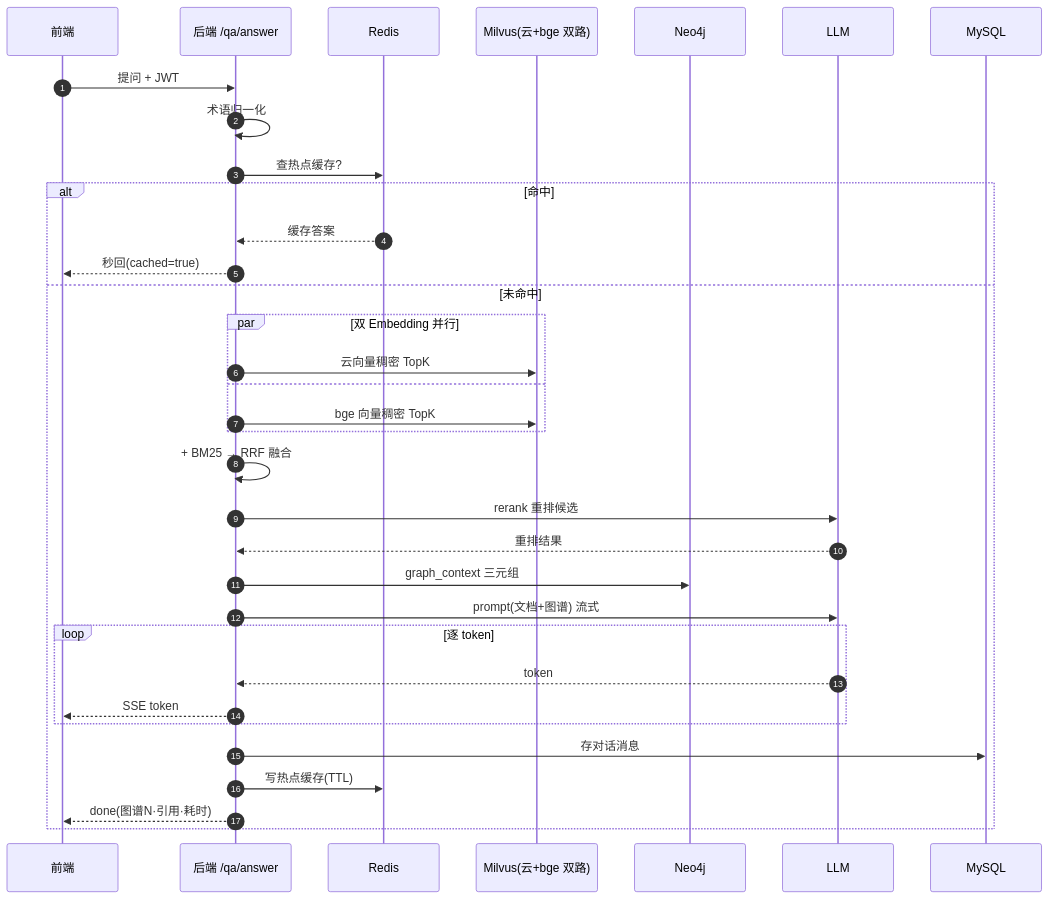
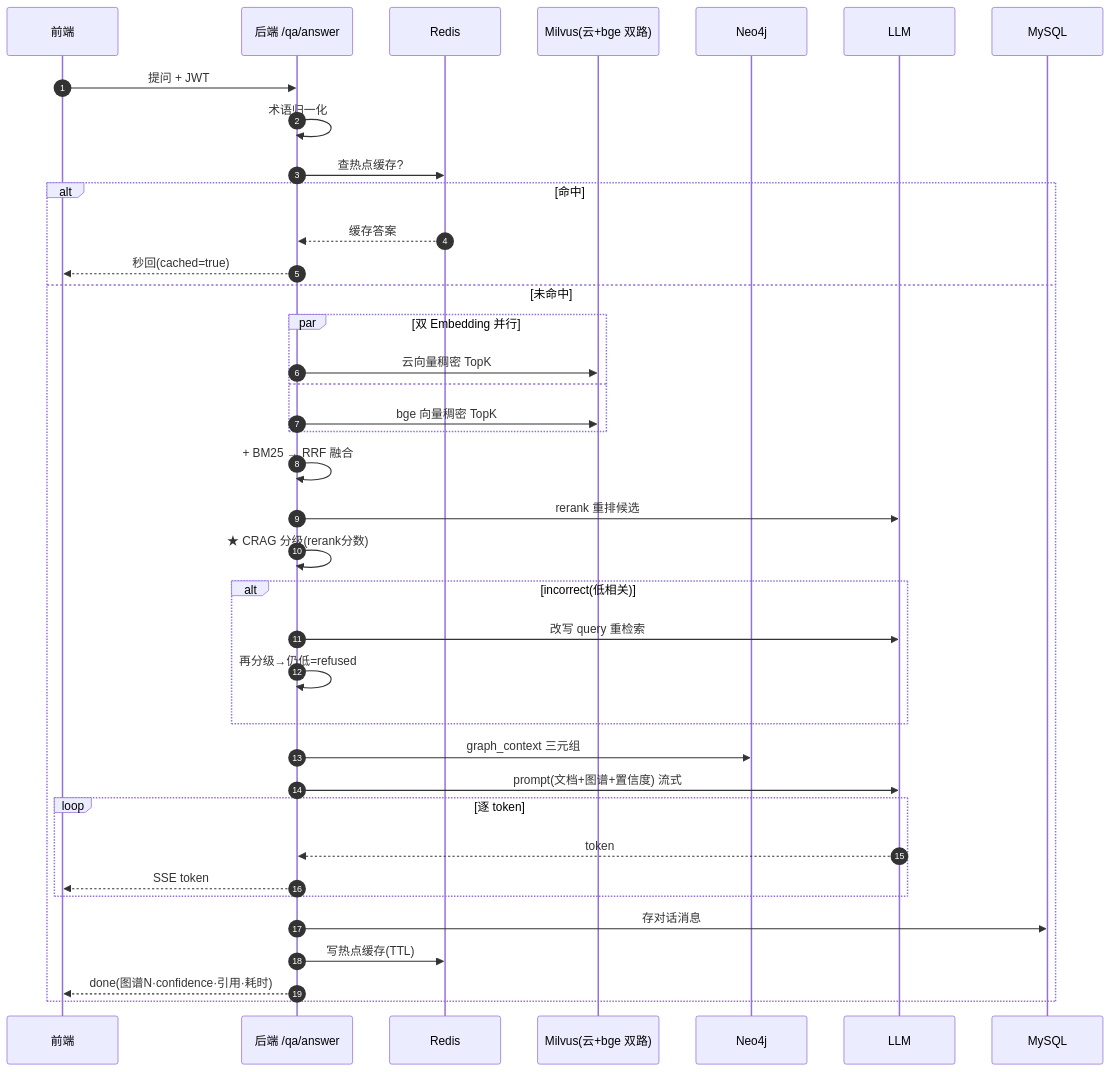
One commit to zhyese/grid-qa changed the third of 3 diagrams in README.md. Above: the diagram before and after it, drawn with Mermaid. The commit also changed other lines of this file, not shown here.

First line of the commit message:
docs: 全面重写README,含全部模块+CRAG/可观测地基/质量回归

````diff
--- a/README.md
+++ b/README.md
@@ -102,37 +121,41 @@
 ```mermaid
 sequenceDiagram
     autonumber
     participant FE as 前端
     participant BE as 后端 /qa/answer
     participant Redis
     participant Milvus as Milvus(云+bge 双路)
     participant Neo4j
     participant LLM
     participant MySQL
 
     FE->>BE: 提问 + JWT
     BE->>BE: 术语归一化
     BE->>Redis: 查热点缓存?
     alt 命中
         Redis-->>BE: 缓存答案
         BE-->>FE: 秒回(cached=true)
     else 未命中
         par 双 Embedding 并行
             BE->>Milvus: 云向量稠密 TopK
         and
             BE->>Milvus: bge 向量稠密 TopK
         end
         BE->>BE: + BM25 → RRF 融合
         BE->>LLM: rerank 重排候选
-        LLM-->>BE: 重排结果
+        BE->>BE: ★ CRAG 分级(rerank分数)
+        alt incorrect(低相关)
+            BE->>LLM: 改写 query 重检索
+            BE->>BE: 再分级→仍低=refused
+        end
         BE->>Neo4j: graph_context 三元组
-        BE->>LLM: prompt(文档+图谱) 流式
+        BE->>LLM: prompt(文档+图谱+置信度) 流式
         loop 逐 token
             LLM-->>BE: token
             BE-->>FE: SSE token
         end
         BE->>MySQL: 存对话消息
         BE->>Redis: 写热点缓存(TTL)
-        BE-->>FE: done(图谱N·引用·耗时)
+        BE-->>FE: done(图谱N·confidence·引用·耗时)
     end
 ```
````
